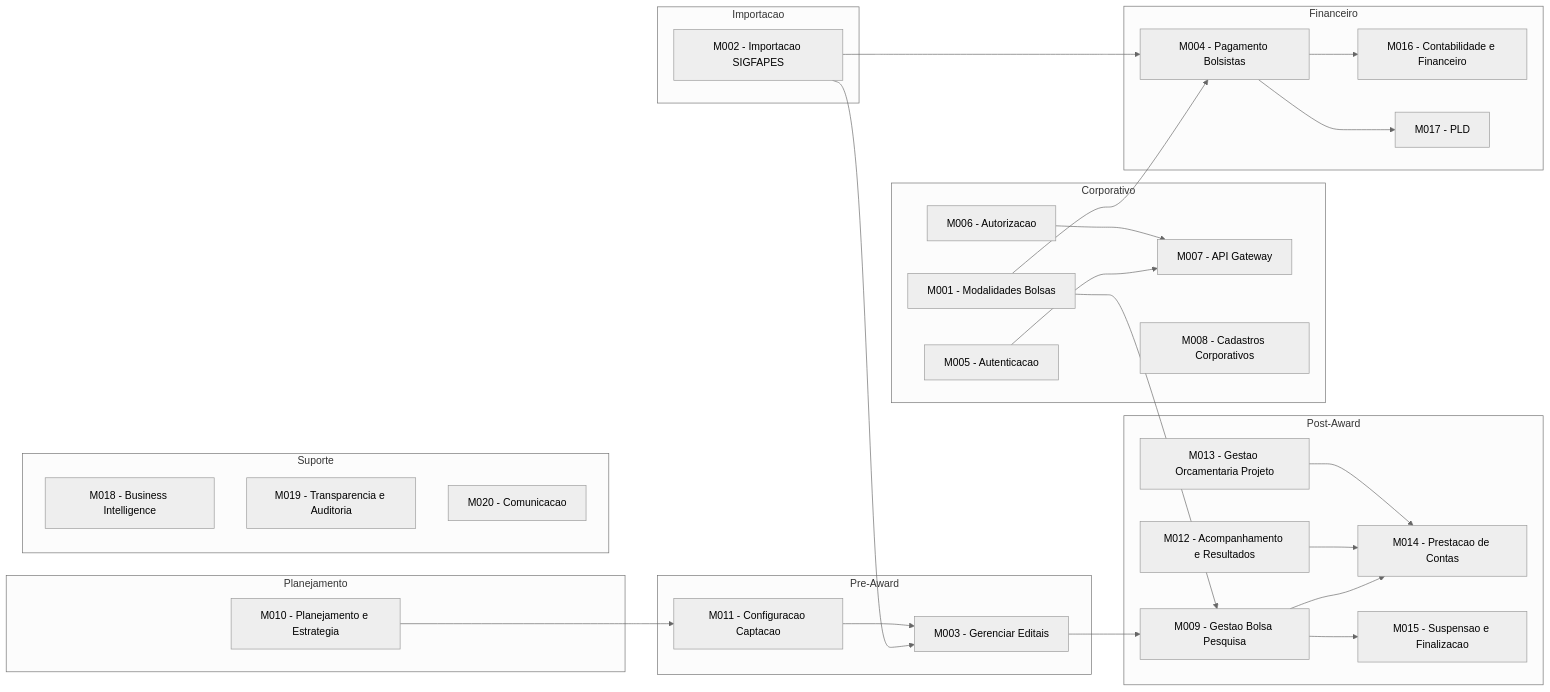
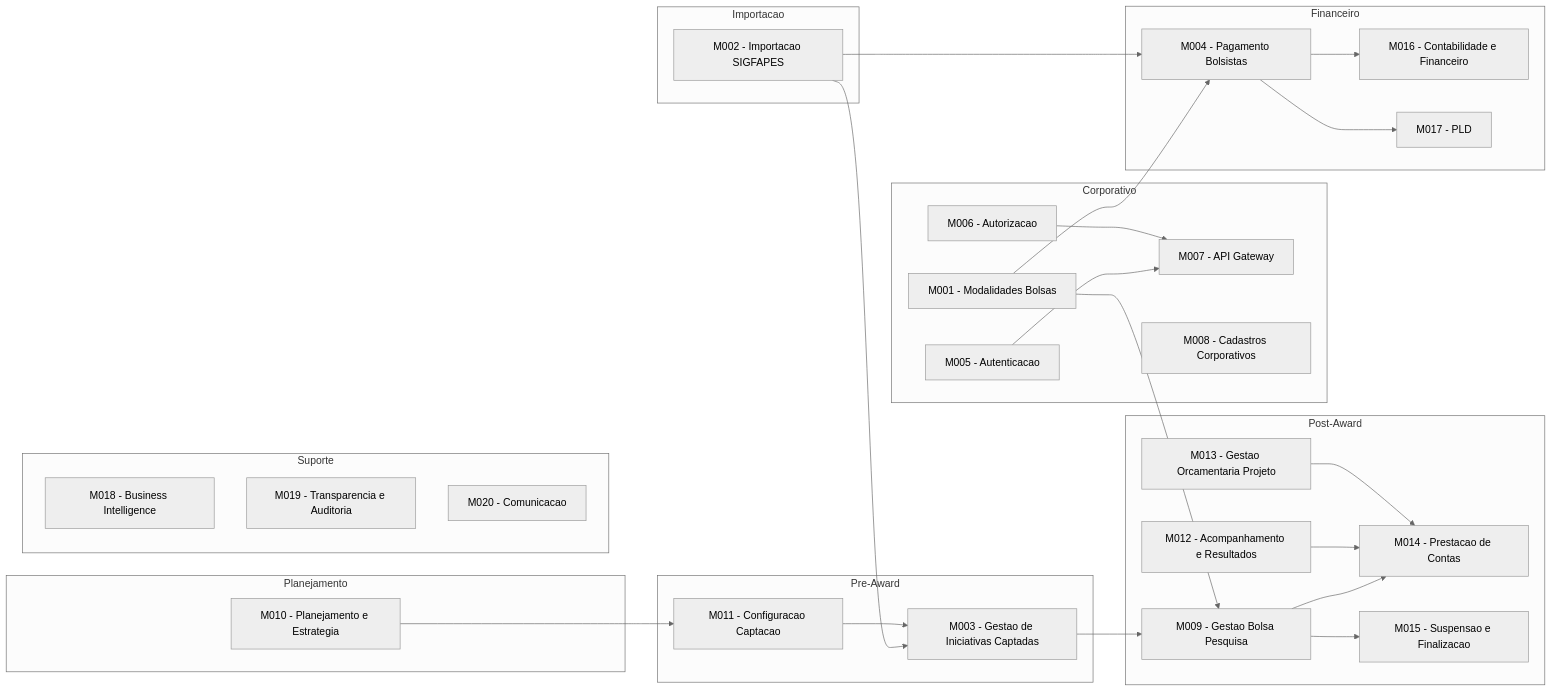
Before and after one commit to Czzped/conecta-fapes-teste: the first of 2 diagrams in docs/architecture/02-modulos-e-integracoes.md, drawn with Mermaid (neutral theme). The commit also changed 36 other files, not shown here.

First line of the commit message:
[DOCS] Renomear M003 para Gestao de Iniciativas Captadas e expandir M011

````diff
--- a/docs/architecture/02-modulos-e-integracoes.md
+++ b/docs/architecture/02-modulos-e-integracoes.md
@@ -7,59 +7,59 @@
 ```mermaid
 graph LR
     subgraph Corporativo
         M001[M001 - Modalidades Bolsas]
         M005[M005 - Autenticacao]
         M006[M006 - Autorizacao]
         M007[M007 - API Gateway]
         M008[M008 - Cadastros Corporativos]
     end
 
     subgraph Planejamento
         M010[M010 - Planejamento e Estrategia]
     end
 
     subgraph Pre-Award
-        M003[M003 - Gerenciar Editais]
+        M003[M003 - Gestao de Iniciativas Captadas]
         M011[M011 - Configuracao Captacao]
     end
 
     subgraph Post-Award
         M009[M009 - Gestao Bolsa Pesquisa]
         M012[M012 - Acompanhamento e Resultados]
         M013[M013 - Gestao Orcamentaria Projeto]
         M014[M014 - Prestacao de Contas]
         M015[M015 - Suspensao e Finalizacao]
     end
 
     subgraph Financeiro
         M004[M004 - Pagamento Bolsistas]
         M016[M016 - Contabilidade e Financeiro]
         M017[M017 - PLD]
     end
 
     subgraph Suporte
         M018[M018 - Business Intelligence]
         M019[M019 - Transparencia e Auditoria]
         M020[M020 - Comunicacao]
     end
 
     subgraph Importacao
         M002[M002 - Importacao SIGFAPES]
     end
 
     M005 --> M007
     M006 --> M007
     M002 --> M003
     M002 --> M004
     M001 --> M004
     M001 --> M009
     M003 --> M009
     M010 --> M011
     M011 --> M003
     M009 --> M014
     M009 --> M015
     M004 --> M016
     M004 --> M017
     M012 --> M014
     M013 --> M014
 ```
````
